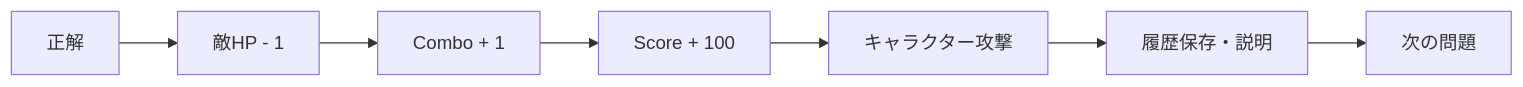
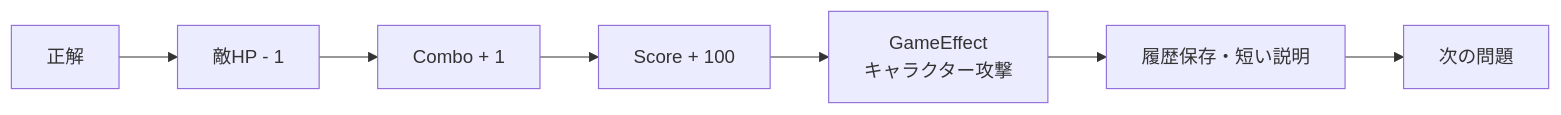
One commit to suu-dev-0203/graduation_JAVAgame changed the fifth of 30 diagrams in README.md. Above: the diagram before and after it, drawn with Mermaid. The commit also changed other lines of this file, not shown here.

````diff
--- a/README.md
+++ b/README.md
@@ -237,9 +304,9 @@
 ```mermaid
 flowchart LR
     A[正解] --> B[敵HP - 1]
     B --> C[Combo + 1]
     C --> D[Score + 100]
-    D --> E[キャラクター攻撃]
-    E --> F[履歴保存・説明]
+    D --> E[GameEffect<br/>キャラクター攻撃]
+    E --> F[履歴保存・短い説明]
     F --> G[次の問題]
 ```
````
